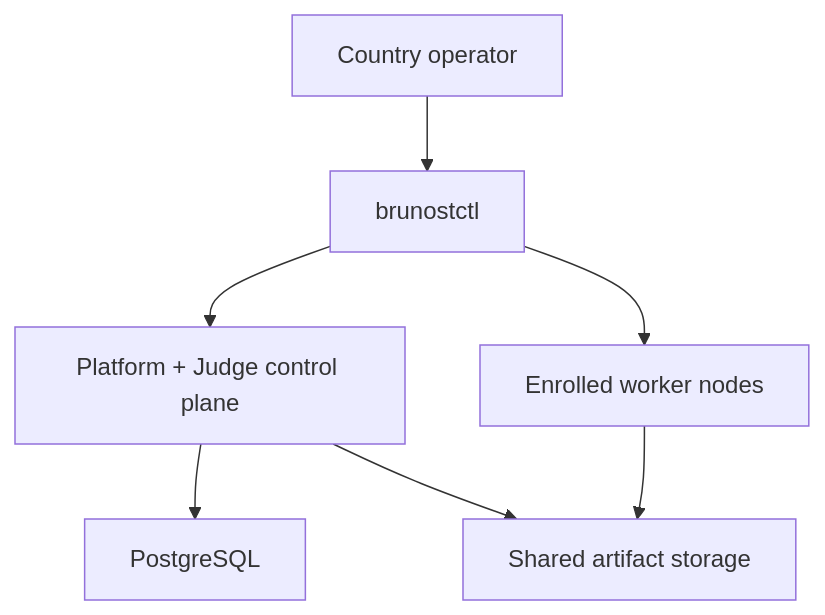
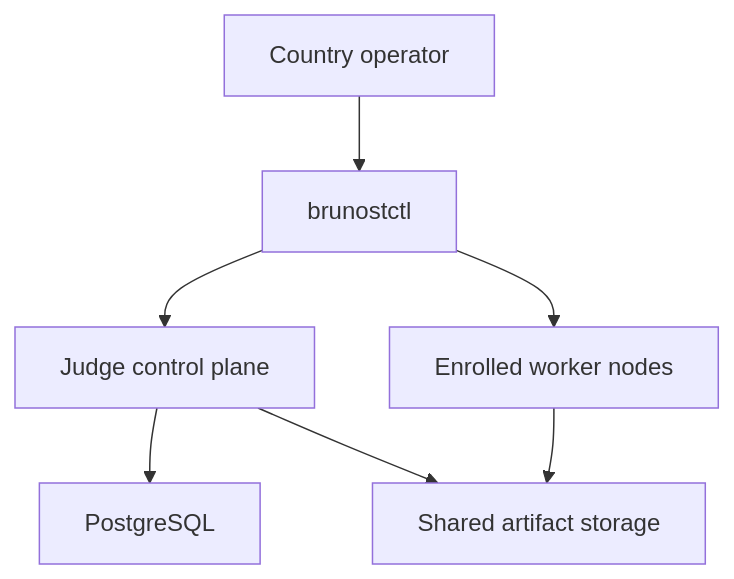
Before and after one commit to mlgorithm/brunost-deploy: the diagram in README.md, drawn with Mermaid. The commit also changed other lines of this file and 24 other files, not shown here.

Commit message:
Separate Judge deployment from Premium platform

````diff
--- a/README.md
+++ b/README.md
@@ -70,9 +71,9 @@
 ```mermaid
 flowchart TB
   O["Country operator"] --> I["brunostctl"]
-  I --> C["Platform + Judge control plane"]
+  I --> C["Judge control plane"]
   I --> W["Enrolled worker nodes"]
   C --> P["PostgreSQL"]
   C --> A["Shared artifact storage"]
   W --> A
 ```
````
